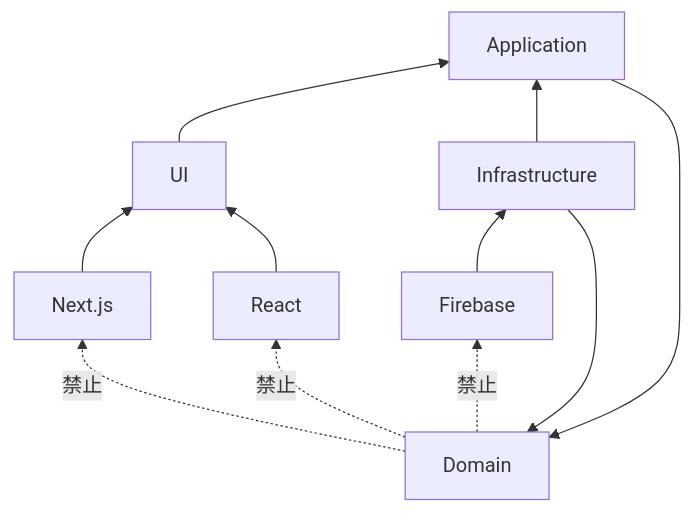
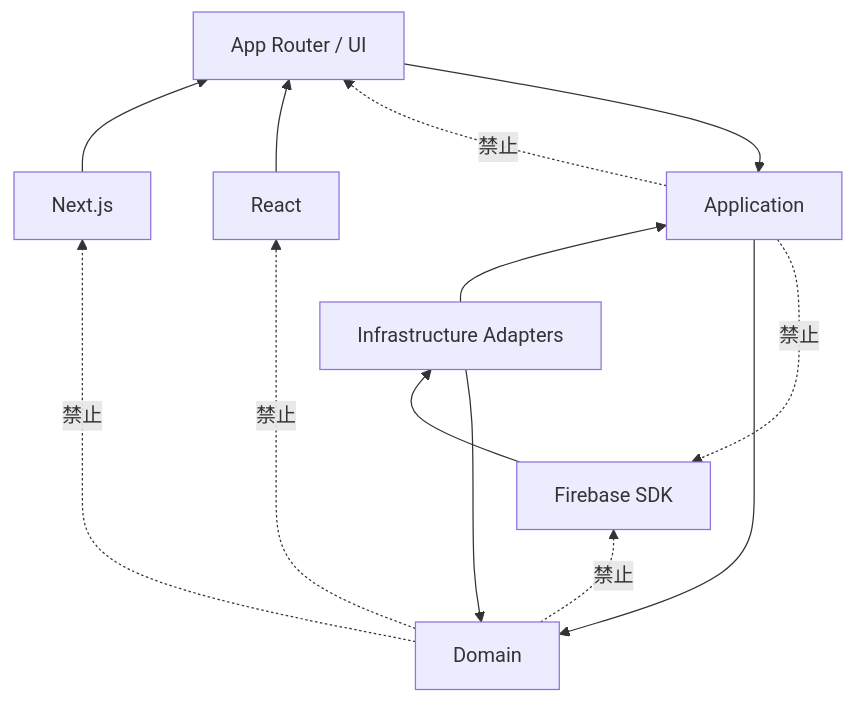
The diagram in docs/01-architecture/dependency-rule.md (369sup/worksync-hr), drawn with Mermaid before and after one commit. The commit also changed other lines of this file and 36 other files, not shown here.

````diff
--- a/docs/01-architecture/dependency-rule.md
+++ b/docs/01-architecture/dependency-rule.md
@@ -7,22 +7,24 @@
 ```mermaid
 flowchart BT
   DOM[Domain]
   APP[Application]
-  UI[UI]
-  INF[Infrastructure]
-  FB[Firebase]
+  UI[App Router / UI]
+  INF[Infrastructure Adapters]
+  FB[Firebase SDK]
   NX[Next.js]
   RC[React]
 
   UI --> APP
-  APP --> DOM
   INF --> APP
   INF --> DOM
+  APP --> DOM
   FB --> INF
   NX --> UI
   RC --> UI
 
   DOM -. 禁止 .-> FB
   DOM -. 禁止 .-> NX
   DOM -. 禁止 .-> RC
+  APP -. 禁止 .-> FB
+  APP -. 禁止 .-> UI
 ```
````
